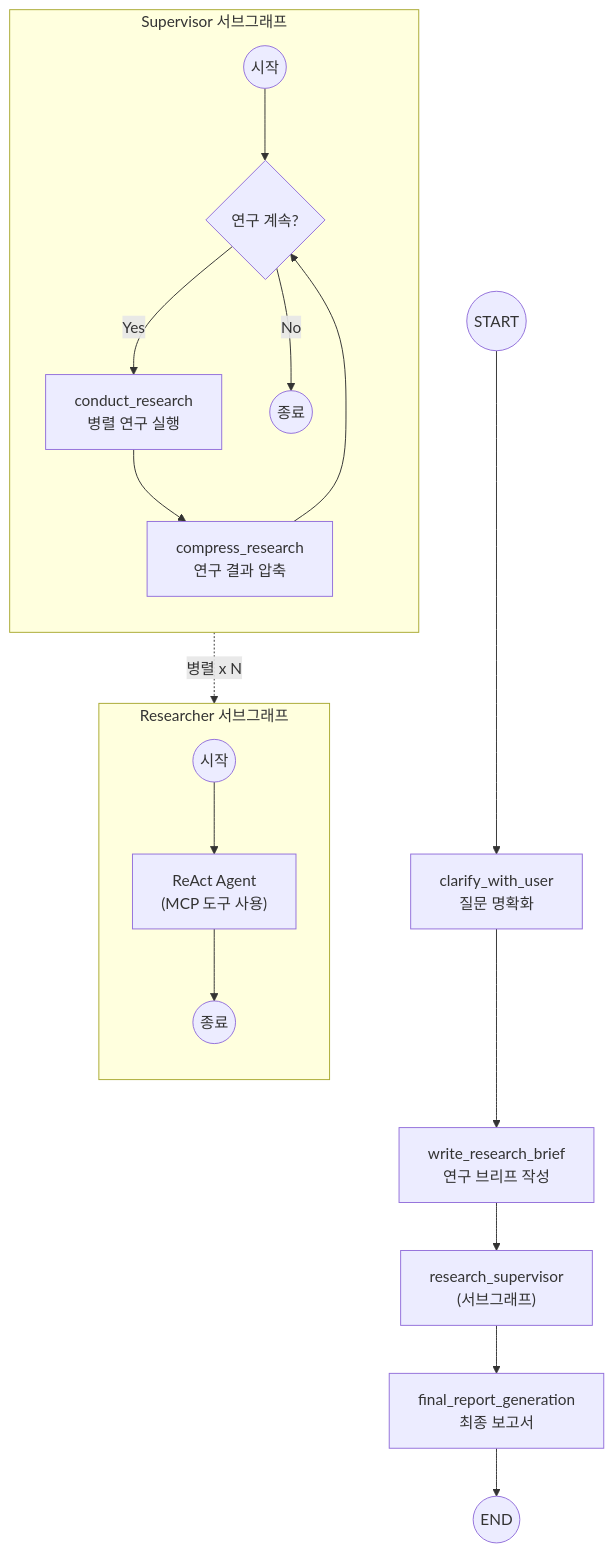
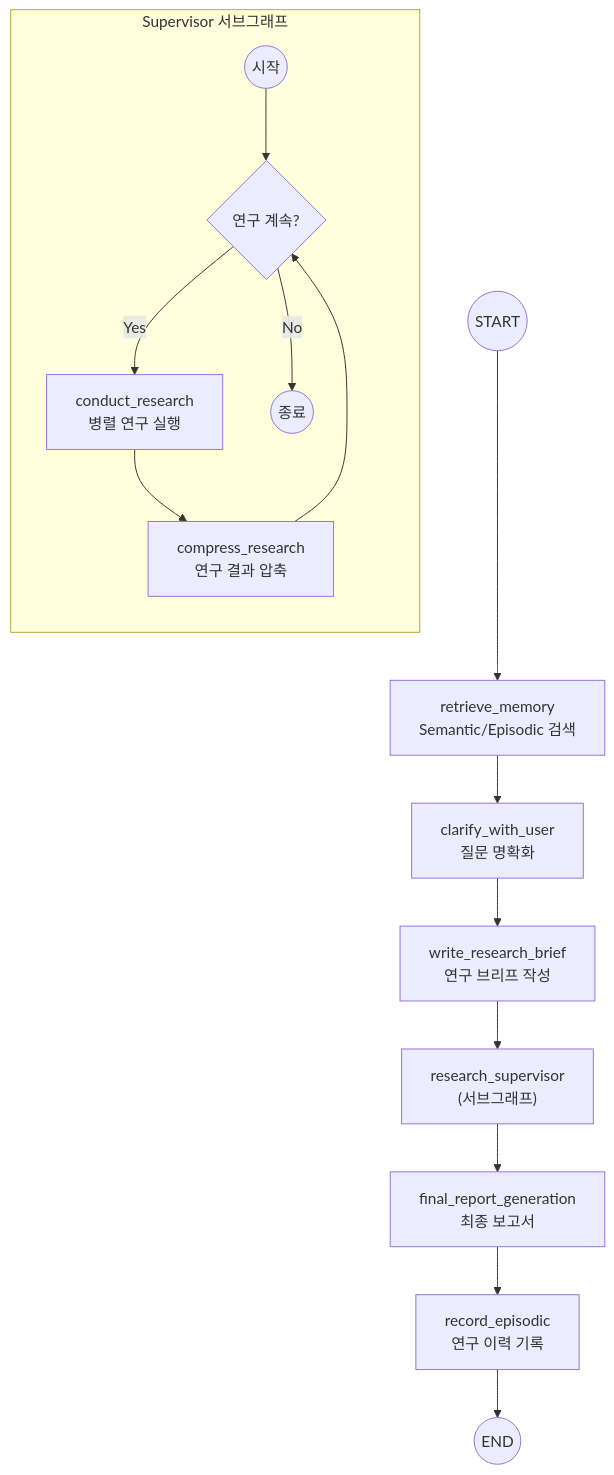
The sixth of 16 diagrams in docs/ARCHITECTURE.md (youngs75/youngs75_coding_ai_agent), drawn with Mermaid before and after one commit. The commit also changed other lines of this file and 15 other files, not shown here.

````diff
--- a/docs/ARCHITECTURE.md
+++ b/docs/ARCHITECTURE.md
@@ -170,26 +249,20 @@
 ```mermaid
 graph TD
-    START((START)) --> CLARIFY["clarify_with_user<br/>질문 명확화"]
+    START((START)) --> MEM_R["retrieve_memory<br/>Semantic/Episodic 검색"]
+    MEM_R --> CLARIFY["clarify_with_user<br/>질문 명확화"]
     CLARIFY --> BRIEF["write_research_brief<br/>연구 브리프 작성"]
     BRIEF --> SUPER["research_supervisor<br/>(서브그래프)"]
 
     subgraph Supervisor["Supervisor 서브그래프"]
         direction TB
         S_START((시작)) --> S_DECIDE{연구 계속?}
         S_DECIDE -->|Yes| S_RESEARCH["conduct_research<br/>병렬 연구 실행"]
         S_RESEARCH --> S_COMPRESS["compress_research<br/>연구 결과 압축"]
         S_COMPRESS --> S_DECIDE
         S_DECIDE -->|No| S_END((종료))
     end
 
-    subgraph Researcher["Researcher 서브그래프"]
-        direction TB
-        R_START((시작)) --> R_REACT["ReAct Agent<br/>(MCP 도구 사용)"]
-        R_REACT --> R_END((종료))
-    end
-
     SUPER --> REPORT["final_report_generation<br/>최종 보고서"]
-    REPORT --> END((END))
-
-    S_RESEARCH -.->|"병렬 x N"| Researcher
+    REPORT --> MEM_W["record_episodic<br/>연구 이력 기록"]
+    MEM_W --> END((END))
 ```
````
